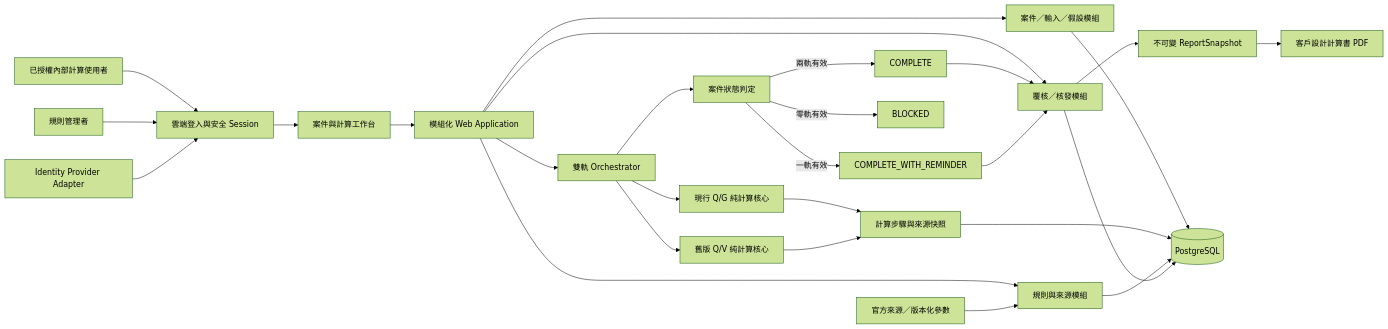
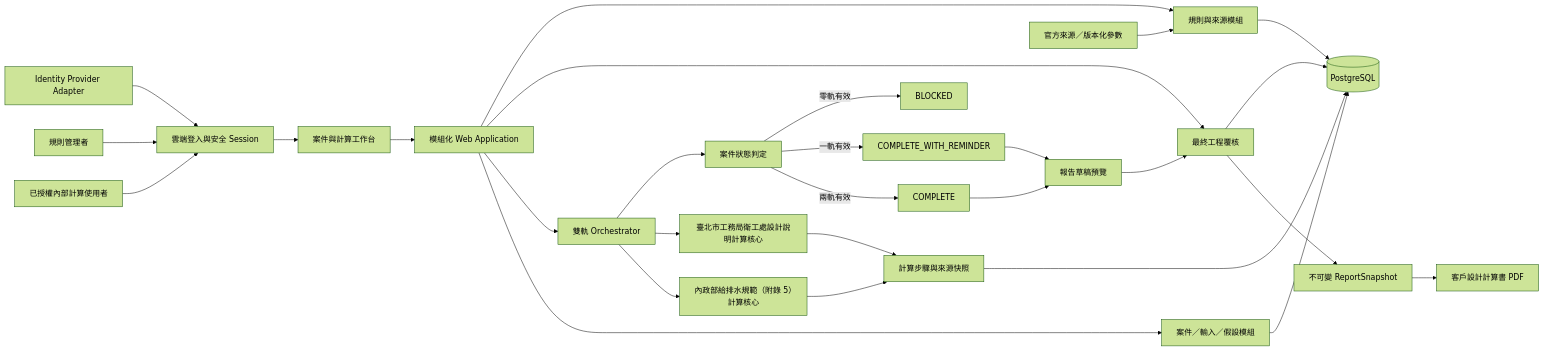
The diagram in ai-doc/project_overview.md (jedchang0308-jenfu/Grease-Trap-Design-System), drawn with Mermaid (forest theme) before and after one commit. The commit also changed other lines of this file and 47 other files, not shown here.

````diff
--- a/ai-doc/project_overview.md
+++ b/ai-doc/project_overview.md
@@ -20,34 +21,35 @@
 ```mermaid
 flowchart LR
     U["已授權內部計算使用者"] --> NET["雲端登入與安全 Session"]
     RA["規則管理者"] --> NET
 
     NET --> UI["案件與計算工作台"]
 
     UI --> APP["模組化 Web Application"]
     APP --> CASE["案件／輸入／假設模組"]
     APP --> ORCH["雙軌 Orchestrator"]
     APP --> REVIEW["覆核／核發模組"]
     APP --> ADMIN["規則與來源模組"]
 
-    ORCH --> CUR["現行 Q/G 純計算核心"]
-    ORCH --> LEG["舊版 Q/V 純計算核心"]
+    ORCH --> CUR["內政部給排水規範（附錄 5）計算核心"]
+    ORCH --> LEG["臺北市工務局衛工處設計說明計算核心"]
     CUR --> TRACE["計算步驟與來源快照"]
     LEG --> TRACE
     ORCH --> GATE["案件狀態判定"]
     GATE -->|"兩軌有效"| COMPLETE["COMPLETE"]
     GATE -->|"一軌有效"| REMIND["COMPLETE_WITH_REMINDER"]
     GATE -->|"零軌有效"| BLOCK["BLOCKED"]
 
-    COMPLETE --> REVIEW
-    REMIND --> REVIEW
+    COMPLETE --> DRAFT_REPORT["報告草稿預覽"]
+    REMIND --> DRAFT_REPORT
+    DRAFT_REPORT --> REVIEW["最終工程覆核"]
     REVIEW --> SNAP["不可變 ReportSnapshot"]
     SNAP --> PDF["客戶設計計算書 PDF"]
 
     CASE --> DB[("PostgreSQL")]
     TRACE --> DB
     ADMIN --> DB
     REVIEW --> DB
     SRC["官方來源／版本化參數"] --> ADMIN
     AUTH["Identity Provider Adapter"] --> NET
 ```
````
